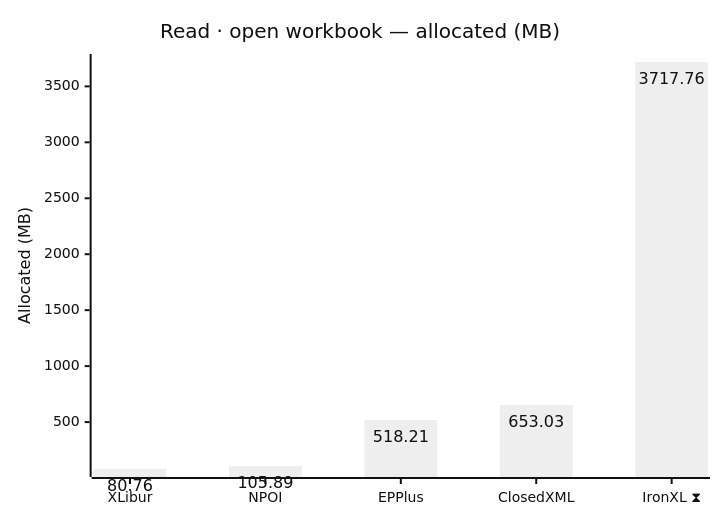
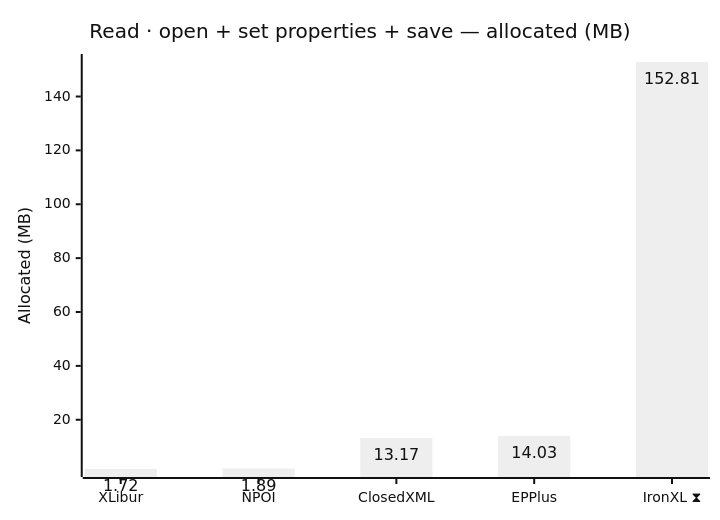
One commit to jafin/XLBench changed the second of 12 diagrams in docs/results-ci.md. Above: the diagram before and after it, drawn with Mermaid (neutral theme). The commit also changed other lines of this file, not shown here.

````diff
--- a/docs/results-ci.md
+++ b/docs/results-ci.md
@@ -54,12 +54,12 @@
 ```mermaid
 ---
 config:
   xyChart:
     showDataLabel: true
 ---
 xychart-beta
-    title "Read · open workbook — allocated (MB)"
-    x-axis ["XLibur", "NPOI", "EPPlus", "ClosedXML", "IronXL ⧗"]
+    title "Read · open + set properties + save — allocated (MB)"
+    x-axis ["XLibur", "NPOI", "ClosedXML", "EPPlus", "IronXL ⧗"]
     y-axis "Allocated (MB)"
-    bar [80.76, 105.89, 518.21, 653.03, 3717.76]
+    bar [1.72, 1.89, 13.17, 14.03, 152.81]
 ```
````
